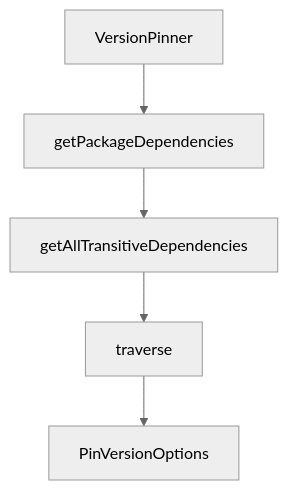
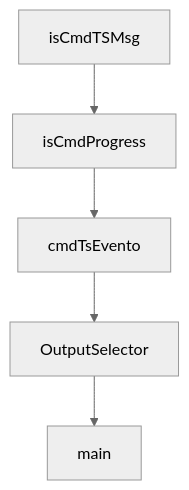
One commit to johnxie/awesome-code-docs changed the diagram in tutorials/fireproof-tutorial/01-getting-started.md. Above: the diagram before and after it, drawn with Mermaid (neutral theme). The commit also changed other lines of this file and 1232 other files, not shown here.

````diff
--- a/tutorials/fireproof-tutorial/01-getting-started.md
+++ b/tutorials/fireproof-tutorial/01-getting-started.md
@@ -225,12 +223,12 @@
 ```mermaid
 flowchart TD
-    A[VersionPinner]
-    B[getPackageDependencies]
-    C[getAllTransitiveDependencies]
-    D[traverse]
-    E[PinVersionOptions]
+    A[isCmdTSMsg]
+    B[isCmdProgress]
+    C[cmdTsEvento]
+    D[OutputSelector]
+    E[main]
     A --> B
     B --> C
     C --> D
     D --> E
 ```
````
